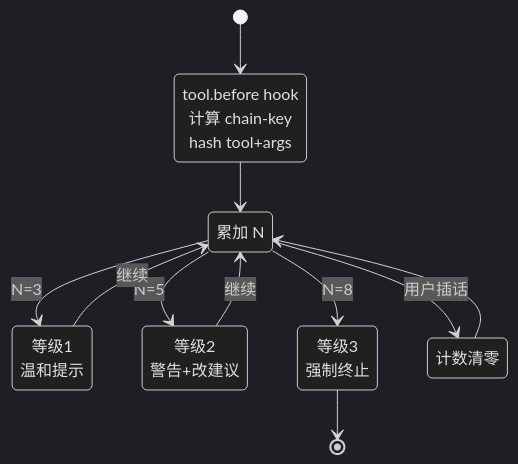
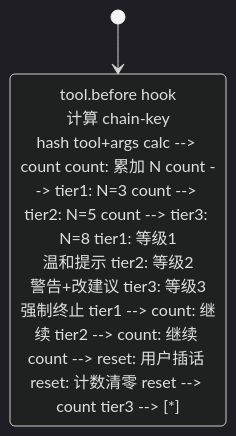
Before and after one commit to Golden2002/PAEG: the fifth of 8 diagrams in PAEG技术说明.md, drawn with Mermaid. The commit also changed other lines of this file, not shown here.

````diff
--- a/PAEG技术说明.md
+++ b/PAEG技术说明.md
@@ -562,20 +451,4 @@
 ```mermaid
 %%{init: {'theme': 'dark'}}%%
-stateDiagram-v2
-    [*] --> calc
-    calc: tool.before hook<br/>计算 chain-key<br/>hash tool+args
-    calc --> count
-    count: 累加 N
-    count --> tier1: N=3
-    count --> tier2: N=5
-    count --> tier3: N=8
-    tier1: 等级1<br/>温和提示
-    tier2: 等级2<br/>警告+改建议
-    tier3: 等级3<br/>强制终止
-    tier1 --> count: 继续
-    tier2 --> count: 继续
-    count --> reset: 用户插话
-    reset: 计数清零
-    reset --> count
-    tier3 --> [*]
+stateDiagram-v2 [*] --> calc calc: tool.before hook<br/>计算 chain-key<br/>hash tool+args calc --> count count: 累加 N count --> tier1: N=3 count --> tier2: N=5 count --> tier3: N=8 tier1: 等级1<br/>温和提示 tier2: 等级2<br/>警告+改建议 tier3: 等级3<br/>强制终止 tier1 --> count: 继续 tier2 --> count: 继续 count --> reset: 用户插话 reset: 计数清零 reset --> count tier3 --> [*]
 ```
````
